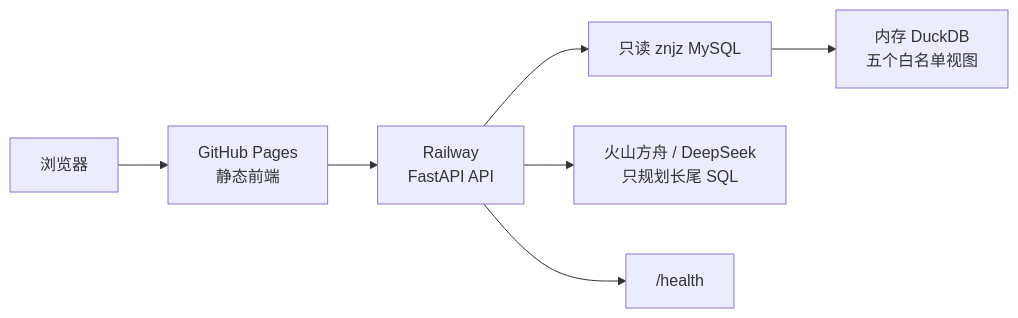
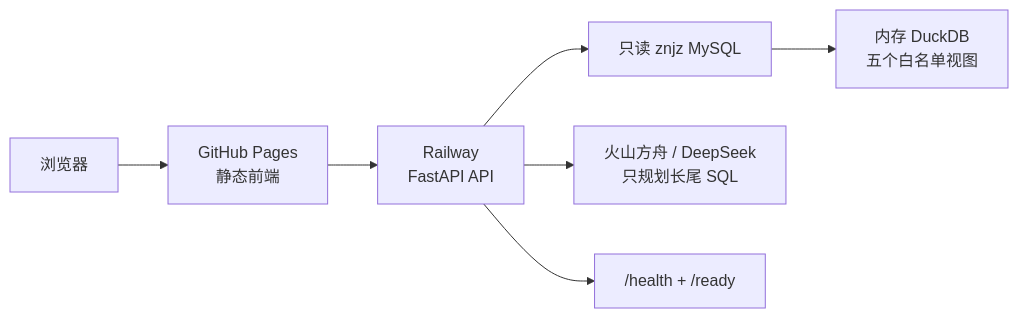
Before and after one commit to gaaiyun/chainlens: the diagram in docs/RAILWAY_DEPLOY.md, drawn with Mermaid. The commit also changed other lines of this file and 6 other files, not shown here.

````diff
--- a/docs/RAILWAY_DEPLOY.md
+++ b/docs/RAILWAY_DEPLOY.md
@@ -18,9 +18,9 @@
 ```mermaid
 flowchart LR
     B["浏览器"] --> P["GitHub Pages\n静态前端"]
     P --> A["Railway\nFastAPI API"]
     A --> M["只读 znjz MySQL"]
     M --> D["内存 DuckDB\n五个白名单视图"]
     A --> L["火山方舟 / DeepSeek\n只规划长尾 SQL"]
-    A --> H["/health"]
+    A --> H["/health + /ready"]
 ```
````
